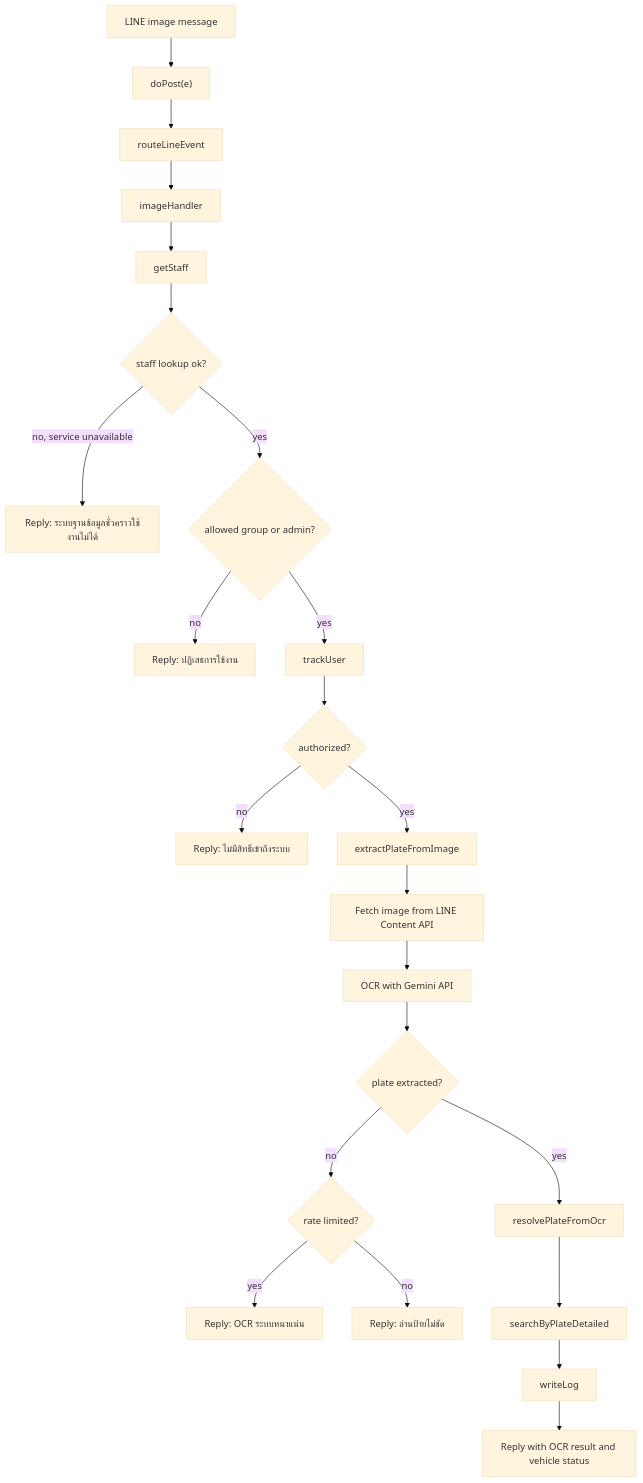
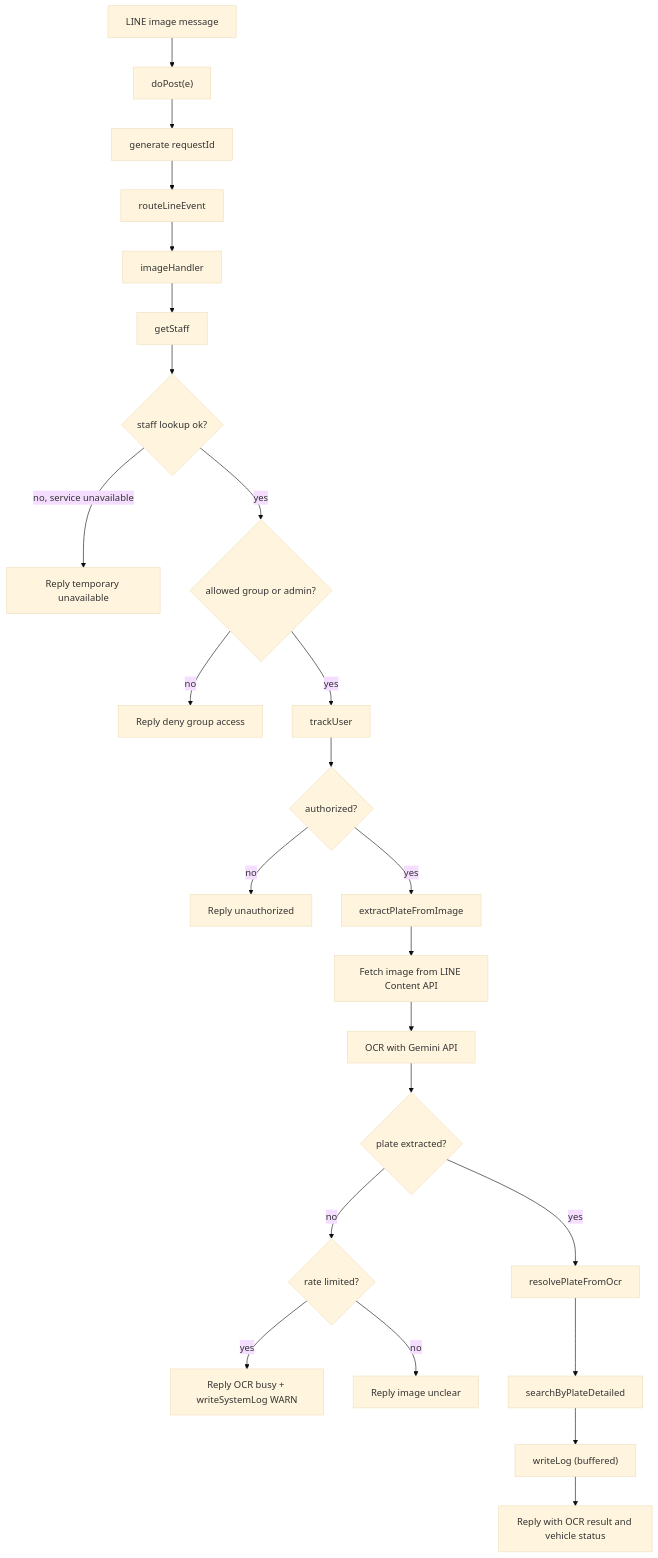
Before and after one commit to triphopy/village_vehicle_koolpuntville10: the fourth of 8 diagrams in docs/architecture-flow.md, drawn with Mermaid (base theme). The commit also changed other lines of this file and 5 other files, not shown here.

````diff
--- a/docs/architecture-flow.md
+++ b/docs/architecture-flow.md
@@ -121,29 +131,30 @@
 ```mermaid
 flowchart TD
     A["LINE image message"] --> B["doPost(e)"]
-    B --> C["routeLineEvent"]
-    C --> D["imageHandler"]
-    D --> E["getStaff"]
-    E --> F{"staff lookup ok?"}
+    B --> C["generate requestId"]
+    C --> D["routeLineEvent"]
+    D --> E["imageHandler"]
+    E --> F["getStaff"]
+    F --> G{"staff lookup ok?"}
 
-    F -- "no, service unavailable" --> G["Reply: ระบบฐานข้อมูลชั่วคราวใช้งานไม่ได้"]
-    F -- "yes" --> H{"allowed group or admin?"}
-    H -- "no" --> I["Reply: ปฏิเสธการใช้งาน"]
-    H -- "yes" --> J["trackUser"]
-    J --> K{"authorized?"}
-    K -- "no" --> L["Reply: ไม่มีสิทธิ์เข้าถึงระบบ"]
-    K -- "yes" --> M["extractPlateFromImage"]
+    G -- "no, service unavailable" --> H["Reply temporary unavailable"]
+    G -- "yes" --> I{"allowed group or admin?"}
+    I -- "no" --> J["Reply deny group access"]
+    I -- "yes" --> K["trackUser"]
+    K --> L{"authorized?"}
+    L -- "no" --> M["Reply unauthorized"]
+    L -- "yes" --> N["extractPlateFromImage"]
 
-    M --> N["Fetch image from LINE Content API"]
-    N --> O["OCR with Gemini API"]
-    O --> P{"plate extracted?"}
+    N --> O["Fetch image from LINE Content API"]
+    O --> P["OCR with Gemini API"]
+    P --> Q{"plate extracted?"}
 
-    P -- "no" --> Q{"rate limited?"}
-    Q -- "yes" --> R["Reply: OCR ระบบหนาแน่น"]
-    Q -- "no" --> S["Reply: อ่านป้ายไม่ชัด"]
+    Q -- "no" --> R{"rate limited?"}
+    R -- "yes" --> S["Reply OCR busy + writeSystemLog WARN"]
+    R -- "no" --> T["Reply image unclear"]
 
-    P -- "yes" --> T["resolvePlateFromOcr"]
-    T --> U["searchByPlateDetailed"]
-    U --> V["writeLog"]
-    V --> W["Reply with OCR result and vehicle status"]
+    Q -- "yes" --> U["resolvePlateFromOcr"]
+    U --> V["searchByPlateDetailed"]
+    V --> W["writeLog (buffered)"]
+    W --> X["Reply with OCR result and vehicle status"]
 ```
````
